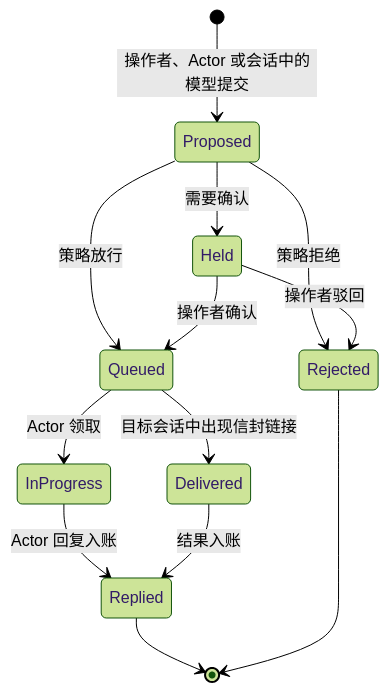
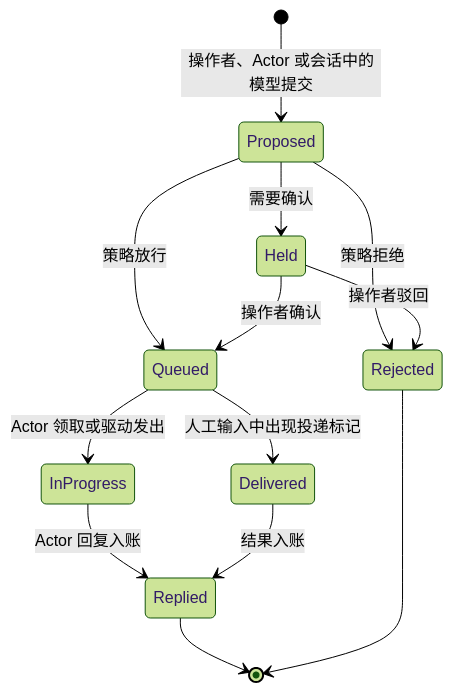
The first of 2 diagrams in IMPLEMENTATION.md (zhscn/consign), drawn with Mermaid (forest theme) before and after one commit. The commit also changed other lines of this file and 1 other file, not shown here.

````diff
--- a/IMPLEMENTATION.md
+++ b/IMPLEMENTATION.md
@@ -116,15 +121,15 @@
 ```mermaid
 stateDiagram-v2
   [*] --> Proposed: 操作者、Actor 或会话中的模型提交
   Proposed --> Held: 需要确认
   Proposed --> Rejected: 策略拒绝
   Proposed --> Queued: 策略放行
   Held --> Rejected: 操作者驳回
   Held --> Queued: 操作者确认
-  Queued --> InProgress: Actor 领取
-  Queued --> Delivered: 目标会话中出现信封链接
+  Queued --> InProgress: Actor 领取或驱动发出
+  Queued --> Delivered: 人工输入中出现投递标记
   InProgress --> Replied: Actor 回复入账
   Delivered --> Replied: 结果入账
   Replied --> [*]
   Rejected --> [*]
 ```
````
